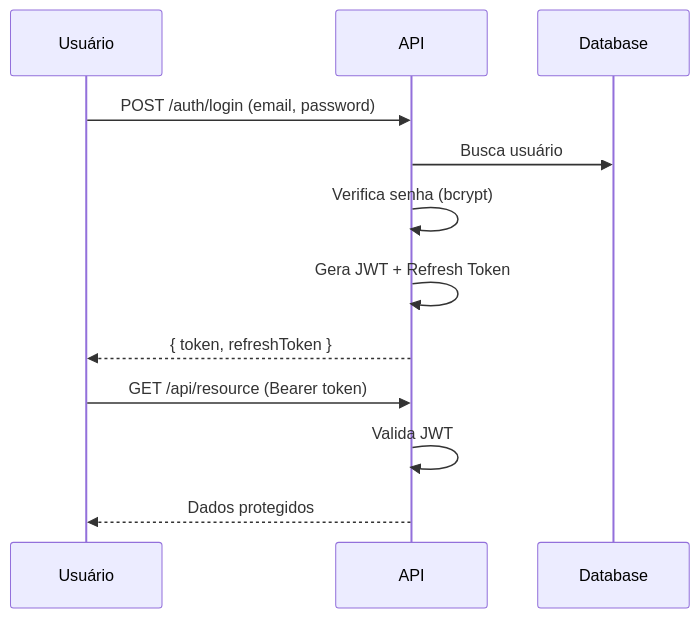
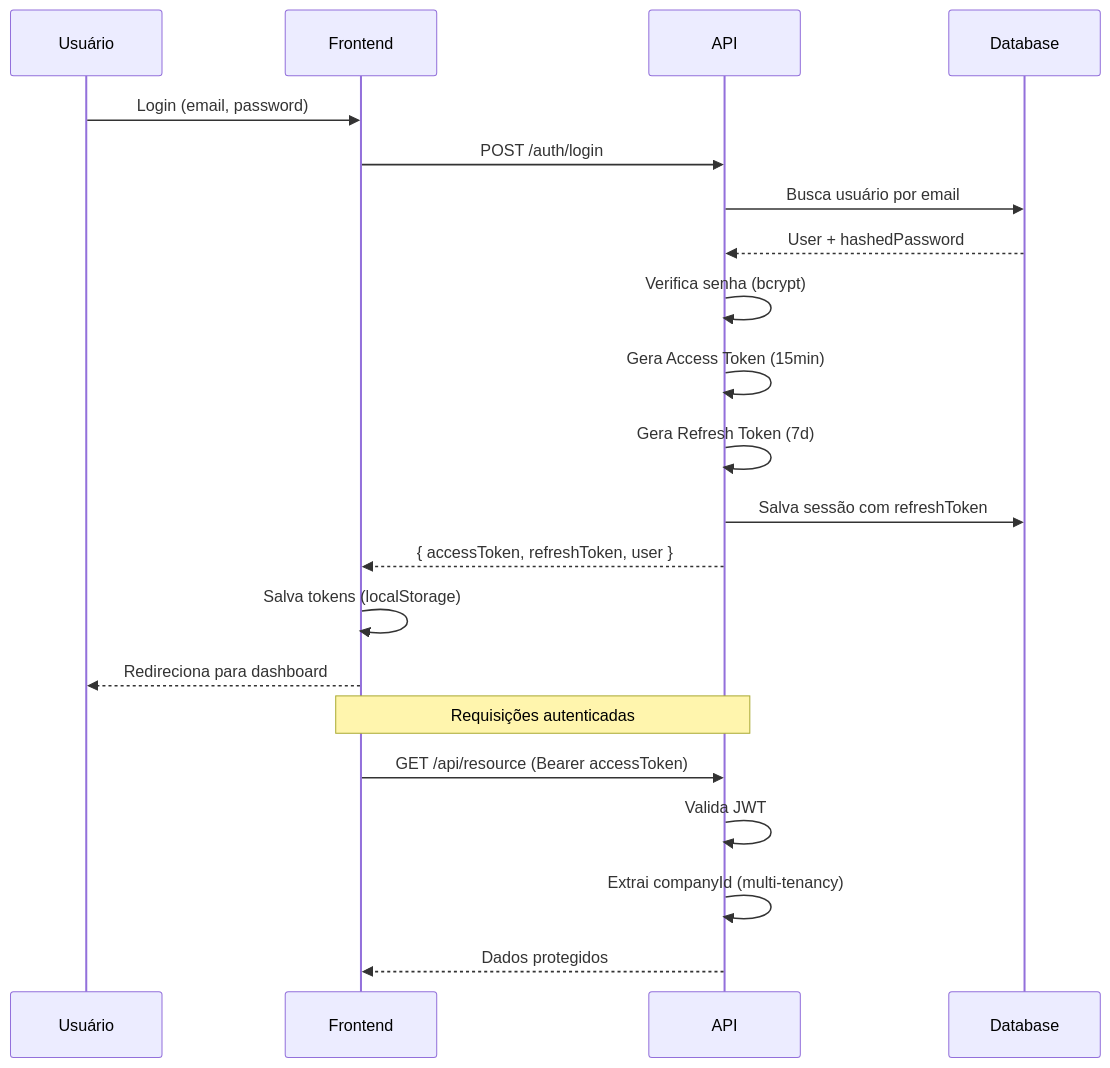
Before and after one commit to sebavieira/template-cli-seba: the diagram in docs/spec/11-seguranca.md, drawn with Mermaid. The commit also changed other lines of this file and 75 other files, not shown here.

````diff
--- a/docs/spec/11-seguranca.md
+++ b/docs/spec/11-seguranca.md
@@ -35,16 +36,25 @@
 ```mermaid
 sequenceDiagram
     participant U as Usuário
+    participant F as Frontend
     participant A as API
     participant D as Database
 
-    U->>A: POST /auth/login (email, password)
-    A->>D: Busca usuário
+    U->>F: Login (email, password)
+    F->>A: POST /auth/login
+    A->>D: Busca usuário por email
+    D-->>A: User + hashedPassword
     A->>A: Verifica senha (bcrypt)
-    A->>A: Gera JWT + Refresh Token
-    A-->>U: { token, refreshToken }
+    A->>A: Gera Access Token (15min)
+    A->>A: Gera Refresh Token (7d)
+    A->>D: Salva sessão com refreshToken
+    A-->>F: { accessToken, refreshToken, user }
+    F->>F: Salva tokens (localStorage)
+    F-->>U: Redireciona para dashboard
 
-    U->>A: GET /api/resource (Bearer token)
+    Note over F,A: Requisições autenticadas
+    F->>A: GET /api/resource (Bearer accessToken)
     A->>A: Valida JWT
-    A-->>U: Dados protegidos
+    A->>A: Extrai companyId (multi-tenancy)
+    A-->>F: Dados protegidos
 ```
````
